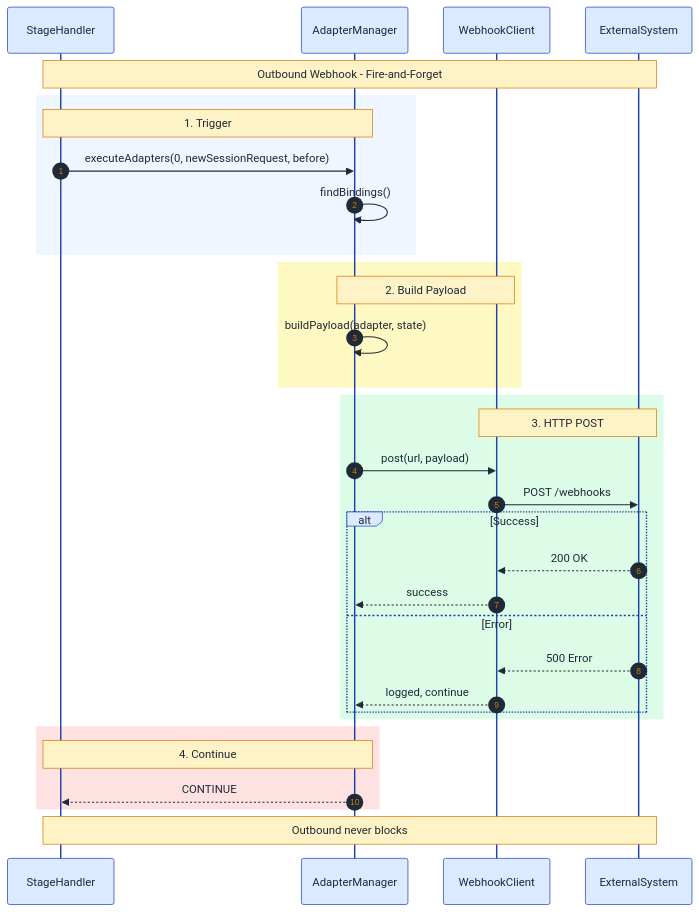
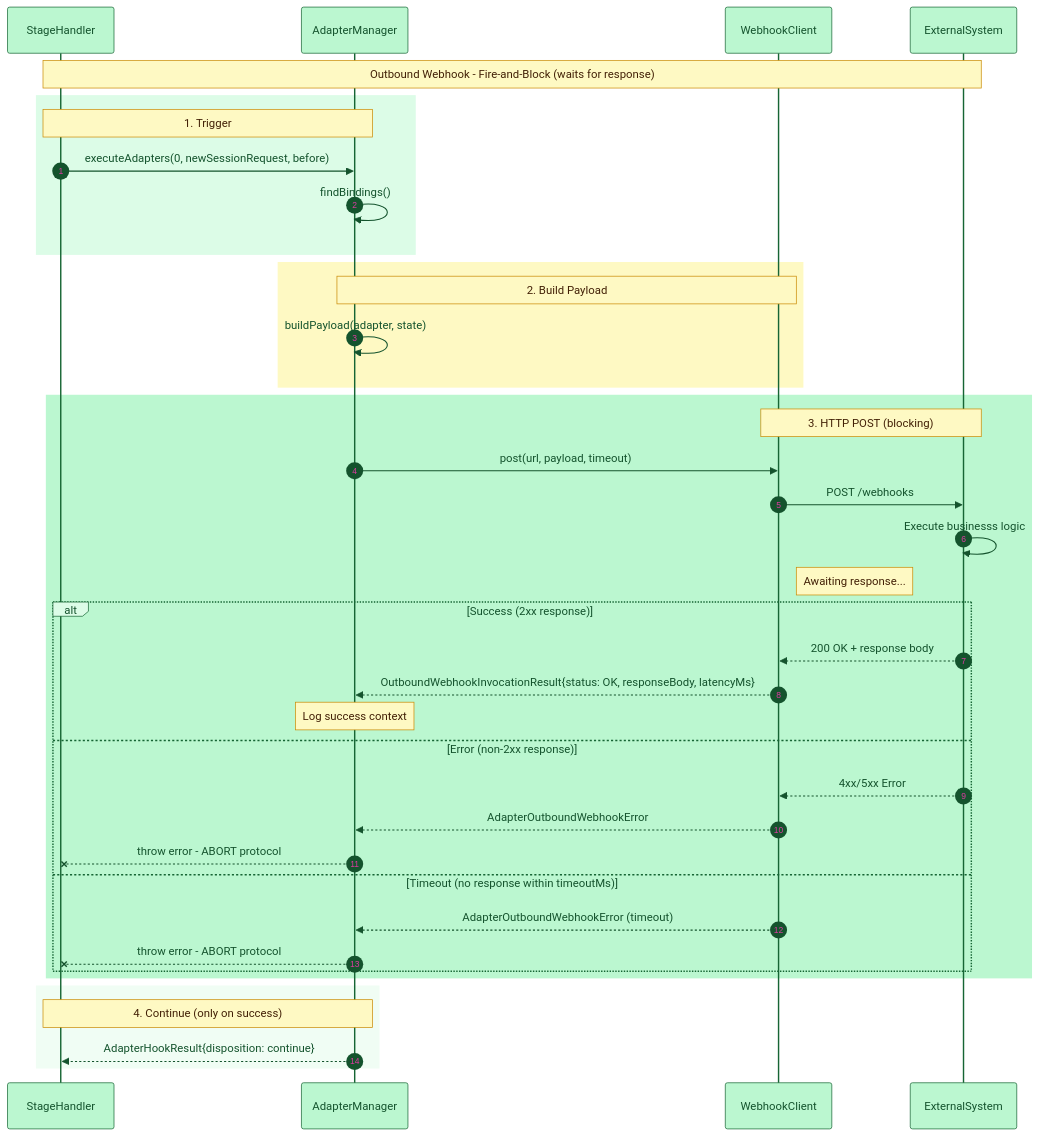
One commit to RafaelAPB/blockchain-integration-framework changed the diagram in packages/cactus-plugin-satp-hermes/docs/diagrams/adapter-outbound-webhook-flow.mmd. Above: the diagram before and after it, drawn with Mermaid. The commit also changed 37 other files, not shown here.

```diff
--- a/packages/cactus-plugin-satp-hermes/docs/diagrams/adapter-outbound-webhook-flow.mmd
+++ b/packages/cactus-plugin-satp-hermes/docs/diagrams/adapter-outbound-webhook-flow.mmd
@@ -1,42 +1,47 @@
-%%{init: {'theme':'base', 'themeVariables': { 'fontSize':'12px', 'fontFamily':'Segoe UI, system-ui, sans-serif', 'primaryColor':'#1e40af','primaryTextColor':'#1f2937','primaryBorderColor':'#1e3a8a','lineColor':'#3b82f6','secondaryColor':'#dbeafe','tertiaryColor':'#eff6ff', 'actorTextColor':'#1f2937', 'actorBkg':'#dbeafe', 'actorBorder':'#1e40af', 'signalColor':'#1f2937', 'signalTextColor':'#1f2937', 'noteBkgColor':'#fef3c7', 'noteTextColor':'#1f2937', 'noteBorderColor':'#d97706'}}}%%
+%%{init: {'theme':'base', 'themeVariables': { 'fontSize':'14px', 'fontFamily':'Segoe UI, system-ui, sans-serif', 'primaryColor':'#86efac','primaryTextColor':'#14532d','primaryBorderColor':'#166534','lineColor':'#22c55e','secondaryColor':'#dcfce7','tertiaryColor':'#f0fdf4', 'actorTextColor':'#14532d', 'actorBkg':'#bbf7d0', 'actorBorder':'#166534', 'signalColor':'#14532d', 'signalTextColor':'#14532d', 'noteBkgColor':'#fef9c3', 'noteTextColor':'#422006', 'noteBorderColor':'#ca8a04', 'labelBoxBkgColor':'#dcfce7', 'labelTextColor':'#14532d'}}}%%
 
 sequenceDiagram
     autonumber
     participant SH as StageHandler
     participant AM as AdapterManager
     participant WC as WebhookClient
     participant EX as ExternalSystem
 
-    Note over SH,EX: Outbound Webhook - Fire-and-Forget
+    Note over SH,EX: Outbound Webhook - Fire-and-Block (waits for response)
 
-    rect rgb(239, 246, 255)
+    rect rgb(220, 252, 231)
         Note over SH,AM: 1. Trigger
         SH->>AM: executeAdapters(0, newSessionRequest, before)
         AM->>AM: findBindings()
     end
 
     rect rgb(254, 249, 195)
         Note over AM,WC: 2. Build Payload
         AM->>AM: buildPayload(adapter, state)
     end
 
-    rect rgb(220, 252, 231)
-        Note over WC,EX: 3. HTTP POST
-        AM->>WC: post(url, payload)
+    rect rgb(187, 247, 208)
+        Note over WC,EX: 3. HTTP POST (blocking)
+        AM->>WC: post(url, payload, timeout)
         WC->>EX: POST /webhooks
+        EX->>EX: Execute businesss logic
+        Note right of WC: Awaiting response...
         
-        alt Success
-            EX-->>WC: 200 OK
-            WC-->>AM: success
-        else Error
-            EX-->>WC: 500 Error
-            WC-->>AM: logged, continue
+        alt Success (2xx response)
+            EX-->>WC: 200 OK + response body
+            WC-->>AM: OutboundWebhookInvocationResult{status: OK, responseBody, latencyMs}
+            Note over AM: Log success context
+        else Error (non-2xx response)
+            EX-->>WC: 4xx/5xx Error
+            WC-->>AM: AdapterOutboundWebhookError
+            AM--xSH: throw error - ABORT protocol
+        else Timeout (no response within timeoutMs)
+            WC-->>AM: AdapterOutboundWebhookError (timeout)
+            AM--xSH: throw error - ABORT protocol
         end
     end
 
-    rect rgb(254, 226, 226)
-        Note over AM,SH: 4. Continue
-        AM-->>SH: CONTINUE
+    rect rgb(240, 253, 244)
+        Note over AM,SH: 4. Continue (only on success)
+        AM-->>SH: AdapterHookResult{disposition: continue}
     end
-
-    Note over SH,EX: Outbound never blocks
```
